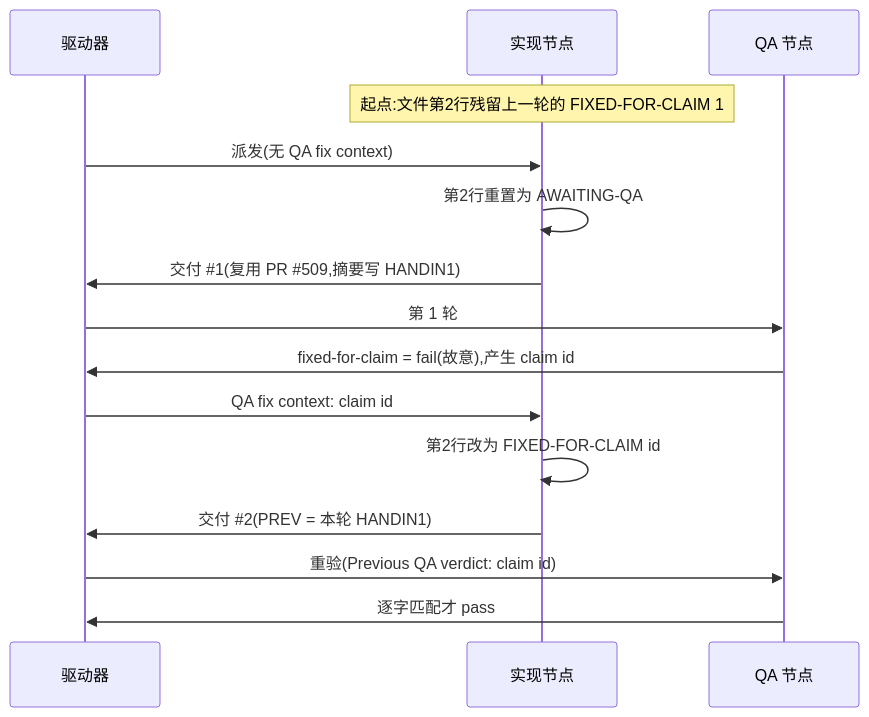
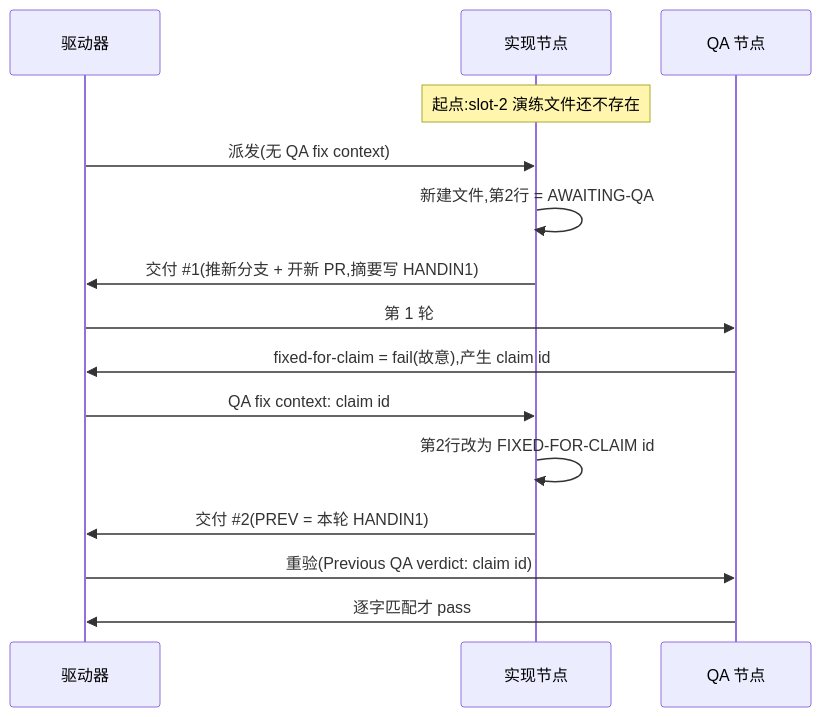
The diagram in engineering/doc/FLY-3150-real-runner-drill/d1-core-flow.mmd (xrliAnnie/flywheel-qa-sandbox), drawn with Mermaid before and after one commit. The commit also changed 4 other files, not shown here.

Commit message:
docs(qa-sbx): FLY-3150 slot-2 design HTML draft and diagrams

```diff
--- a/engineering/doc/FLY-3150-real-runner-drill/d1-core-flow.mmd
+++ b/engineering/doc/FLY-3150-real-runner-drill/d1-core-flow.mmd
@@ -1,15 +1,15 @@
 sequenceDiagram
     participant D as 驱动器
     participant I as 实现节点
     participant Q as QA 节点
-    Note over I: 起点:文件第2行残留上一轮的 FIXED-FOR-CLAIM 1
+    Note over I: 起点:slot-2 演练文件还不存在
     D->>I: 派发(无 QA fix context)
-    I->>I: 第2行重置为 AWAITING-QA
-    I->>D: 交付 #35;1(复用 PR #35;509,摘要写 HANDIN1)
+    I->>I: 新建文件,第2行 = AWAITING-QA
+    I->>D: 交付 #35;1(推新分支 + 开新 PR,摘要写 HANDIN1)
     D->>Q: 第 1 轮
     Q->>D: fixed-for-claim = fail(故意),产生 claim id
     D->>I: QA fix context: claim id
     I->>I: 第2行改为 FIXED-FOR-CLAIM id
     I->>D: 交付 #35;2(PREV = 本轮 HANDIN1)
     D->>Q: 重验(Previous QA verdict: claim id)
     Q->>D: 逐字匹配才 pass
```
